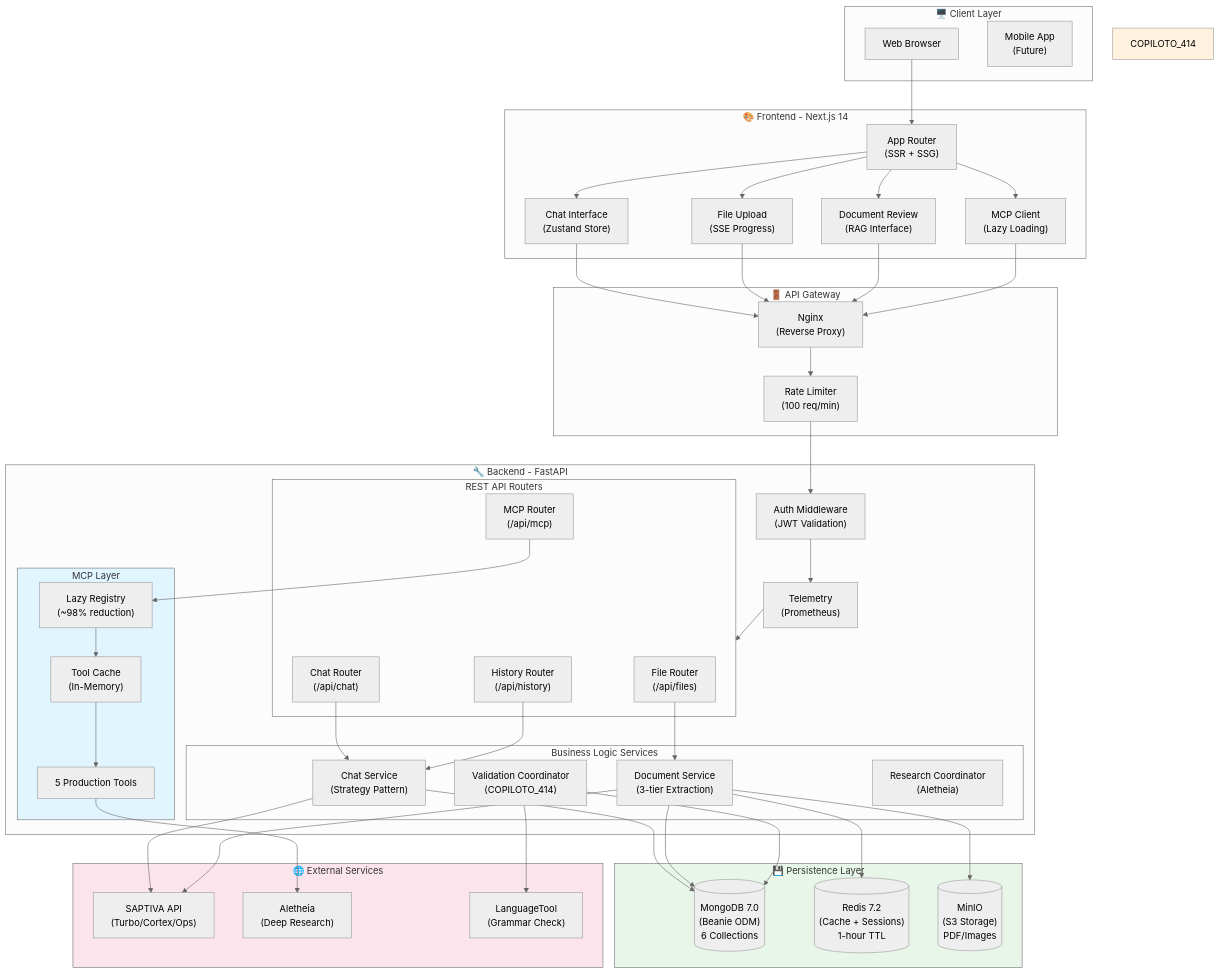
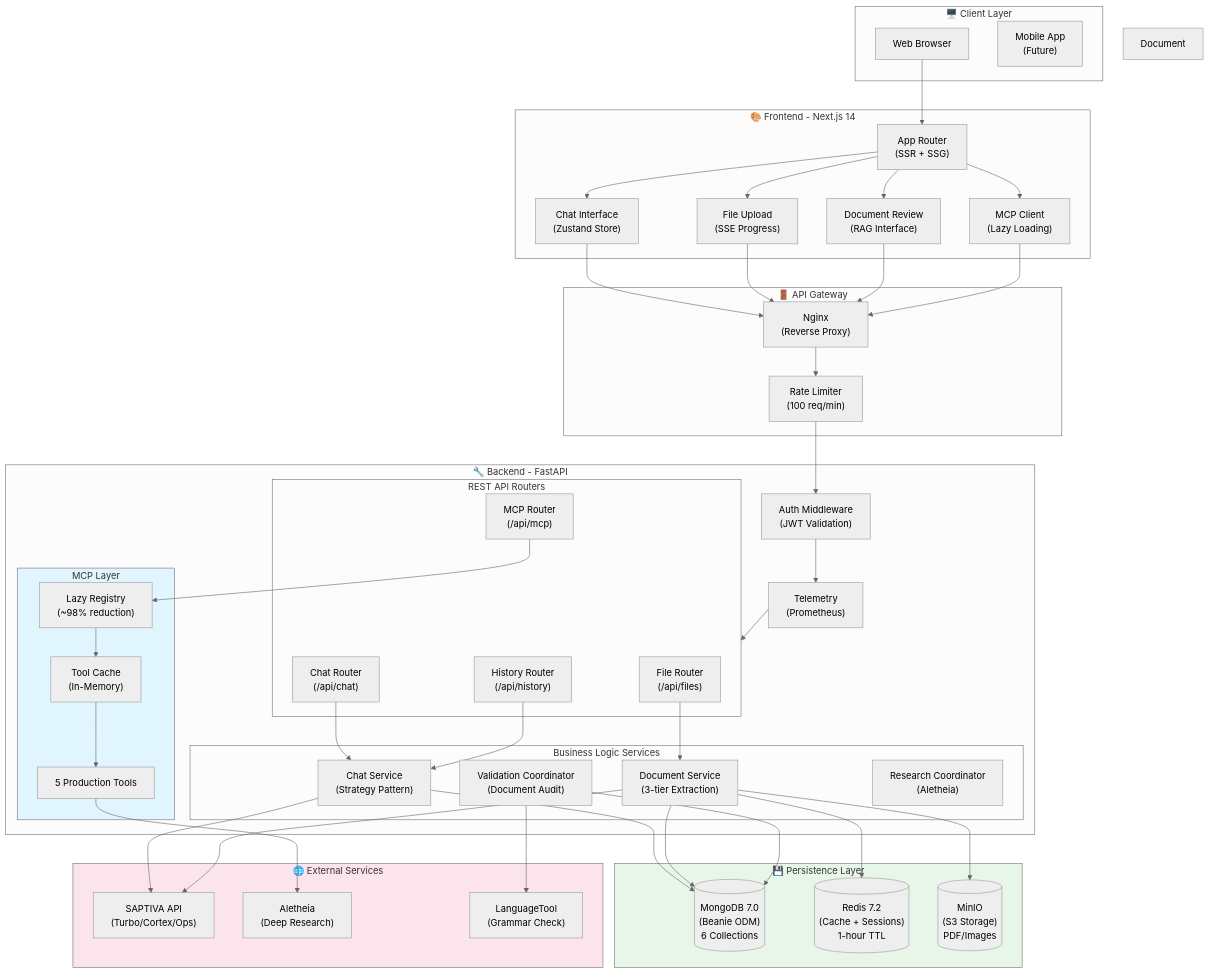
Before and after one commit to saptiva-ai/octavios-chat: the first of 12 diagrams in docs/technical-reference/ARCHITECTURE_DIAGRAMS.md, drawn with Mermaid. The commit also changed other lines of this file and 74 other files, not shown here.

````diff
--- a/docs/technical-reference/ARCHITECTURE_DIAGRAMS.md
+++ b/docs/technical-reference/ARCHITECTURE_DIAGRAMS.md
@@ -60,7 +60,7 @@
         subgraph Services["Business Logic Services"]
             ChatService["Chat Service<br/>(Strategy Pattern)"]
             DocService["Document Service<br/>(3-tier Extraction)"]
-            ValidationCoord["Validation Coordinator<br/>(COPILOTO_414)"]
+            ValidationCoord["Validation Coordinator<br/>(Document Audit)"]
             ResearchCoord["Research Coordinator<br/>(Aletheia)"]
         end
 
@@ -120,7 +120,7 @@
     ValidationCoord --> LangTool
 
     style MCP fill:#e1f5ff
-    style COPILOTO_414 fill:#fff3e0
+    style Document Audit fill:#fff3e0
     style Storage fill:#e8f5e9
     style External fill:#fce4ec
 ```
````
